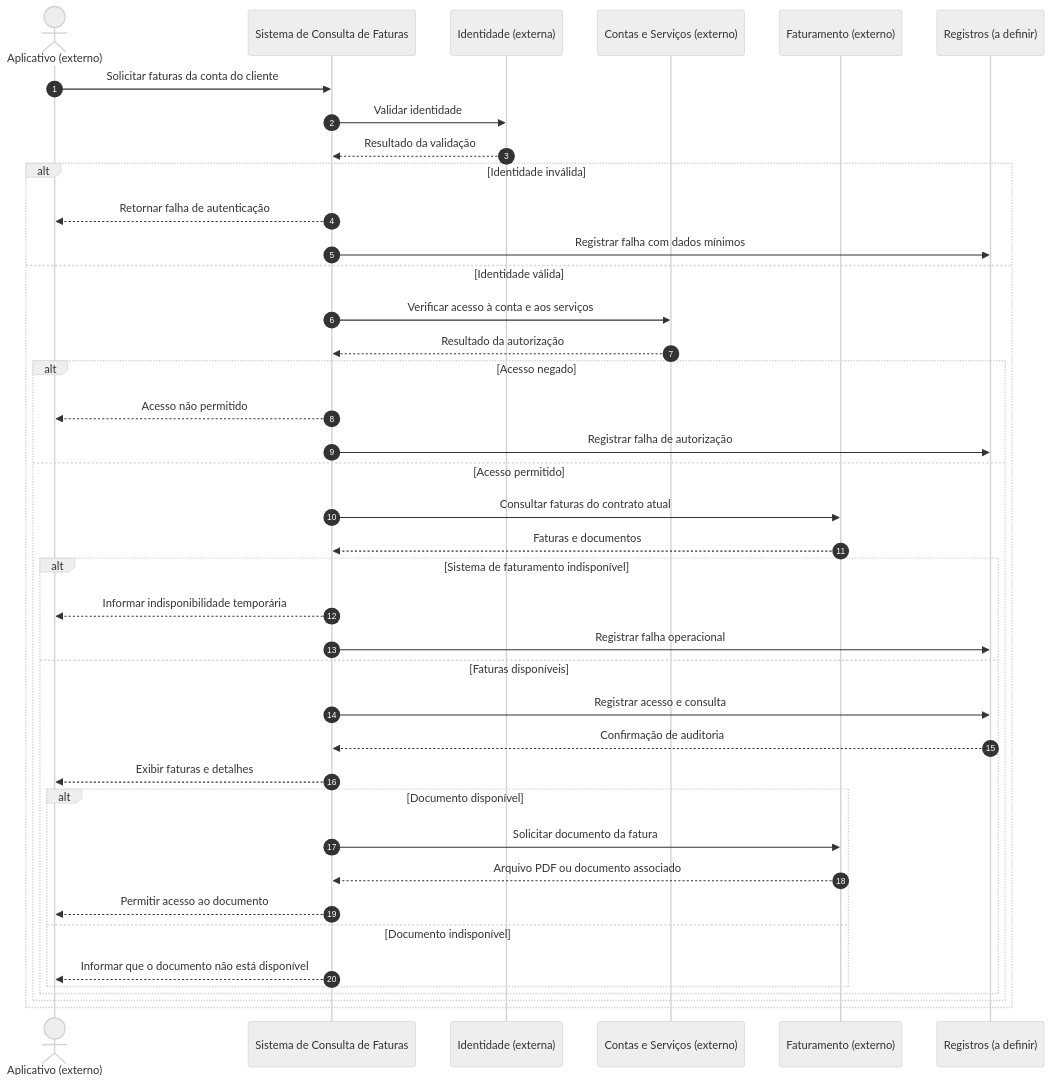
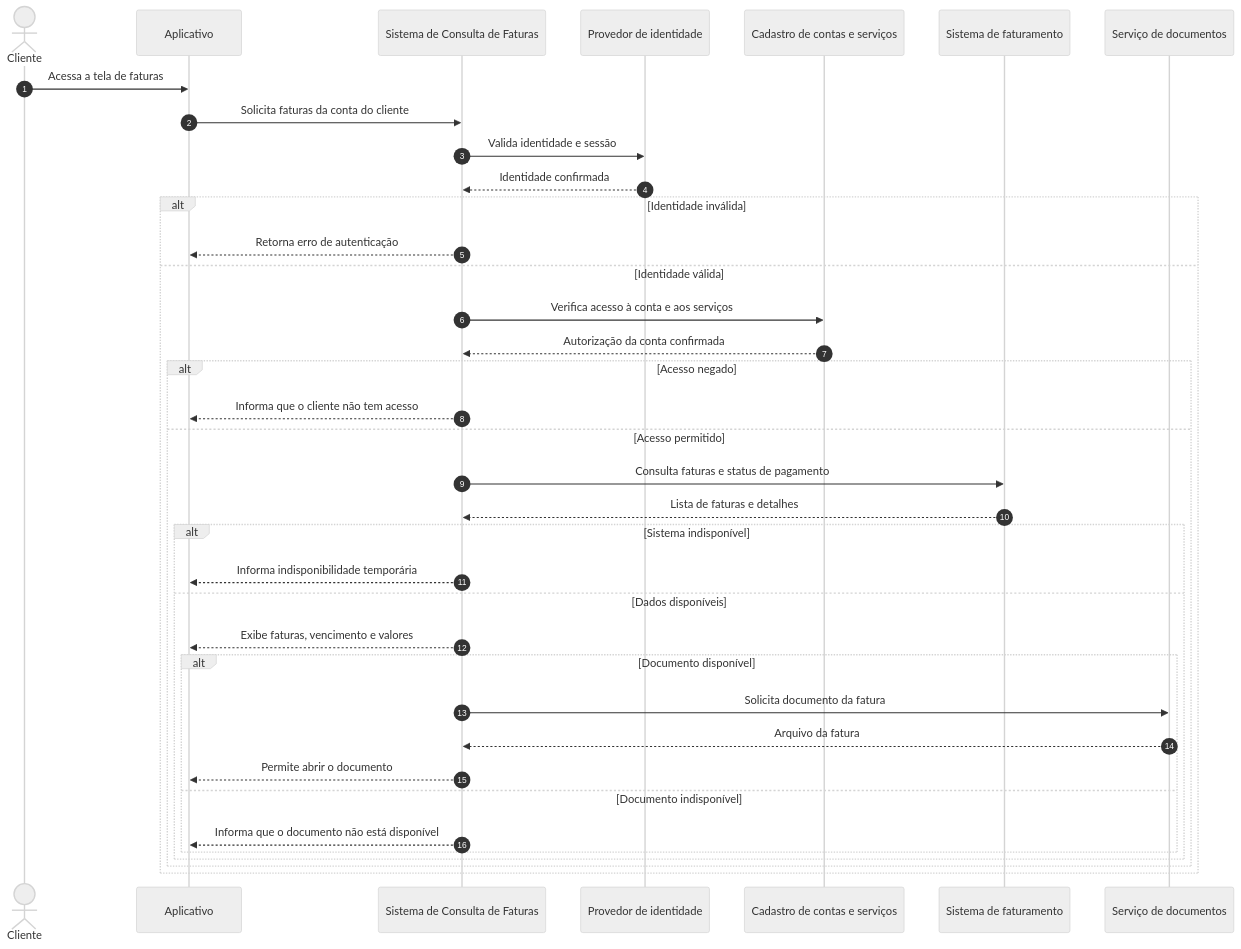
Before and after one commit to EderCunha-01/IA-arquitetura-diagrams-as-code: the second of 2 diagrams in README.md, drawn with Mermaid (neutral theme). The commit also changed other lines of this file, not shown here.

Commit message:
Melhora a apresentação dos diagramas no README para uma visualização mais clara e profissional.

````diff
--- a/README.md
+++ b/README.md
@@ -80,48 +106,45 @@
 ```mermaid
 sequenceDiagram
     autonumber
-    actor App as Aplicativo (externo)
+    actor Cliente as Cliente
+    participant App as Aplicativo
     participant S as Sistema de Consulta de Faturas
-    participant Id as Identidade (externa)
-    participant C as Contas e Serviços (externo)
-    participant F as Faturamento (externo)
-    participant R as Registros (a definir)
+    participant Id as Provedor de identidade
+    participant C as Cadastro de contas e serviços
+    participant F as Sistema de faturamento
+    participant D as Serviço de documentos
 
-    App->>S: Solicitar faturas da conta do cliente
+    Cliente->>App: Acessa a tela de faturas
+    App->>S: Solicita faturas da conta do cliente
 
-    S->>Id: Validar identidade
-    Id-->>S: Resultado da validação
+    S->>Id: Valida identidade e sessão
+    Id-->>S: Identidade confirmada
 
     alt Identidade inválida
-        S-->>App: Retornar falha de autenticação
-        S->>R: Registrar falha com dados mínimos
+        S-->>App: Retorna erro de autenticação
     else Identidade válida
-        S->>C: Verificar acesso à conta e aos serviços
-        C-->>S: Resultado da autorização
+        S->>C: Verifica acesso à conta e aos serviços
+        C-->>S: Autorização da conta confirmada
 
         alt Acesso negado
-            S-->>App: Acesso não permitido
-            S->>R: Registrar falha de autorização
+            S-->>App: Informa que o cliente não tem acesso
         else Acesso permitido
-            S->>F: Consultar faturas do contrato atual
-            F-->>S: Faturas e documentos
+            S->>F: Consulta faturas e status de pagamento
+            F-->>S: Lista de faturas e detalhes
 
-            alt Sistema de faturamento indisponível
-                S-->>App: Informar indisponibilidade temporária
-                S->>R: Registrar falha operacional
-            else Faturas disponíveis
-                S->>R: Registrar acesso e consulta
-                R-->>S: Confirmação de auditoria
-                S-->>App: Exibir faturas e detalhes
+            alt Sistema indisponível
+                S-->>App: Informa indisponibilidade temporária
+            else Dados disponíveis
+                S-->>App: Exibe faturas, vencimento e valores
 
                 alt Documento disponível
-                    S->>F: Solicitar documento da fatura
-                    F-->>S: Arquivo PDF ou documento associado
-                    S-->>App: Permitir acesso ao documento
+                    S->>D: Solicita documento da fatura
+                    D-->>S: Arquivo da fatura
+                    S-->>App: Permite abrir o documento
                 else Documento indisponível
-                    S-->>App: Informar que o documento não está disponível
+                    S-->>App: Informa que o documento não está disponível
                 end
             end
         end
     end
 ```
````
